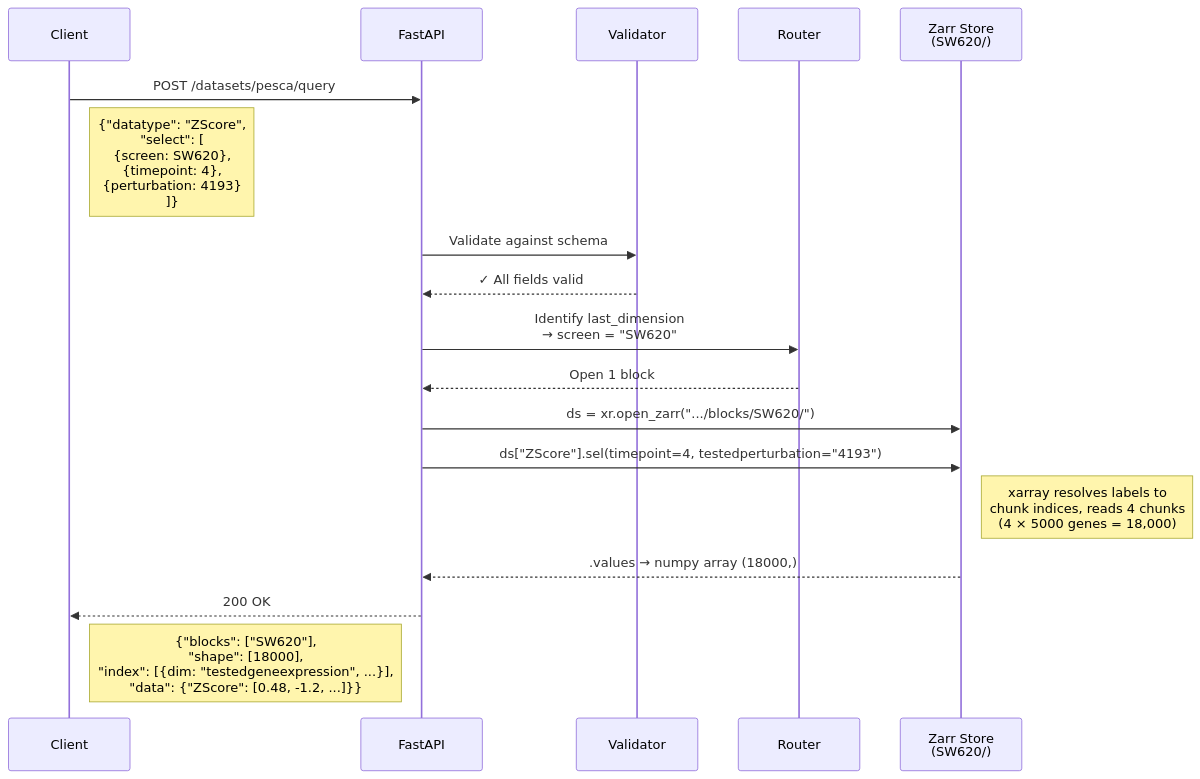
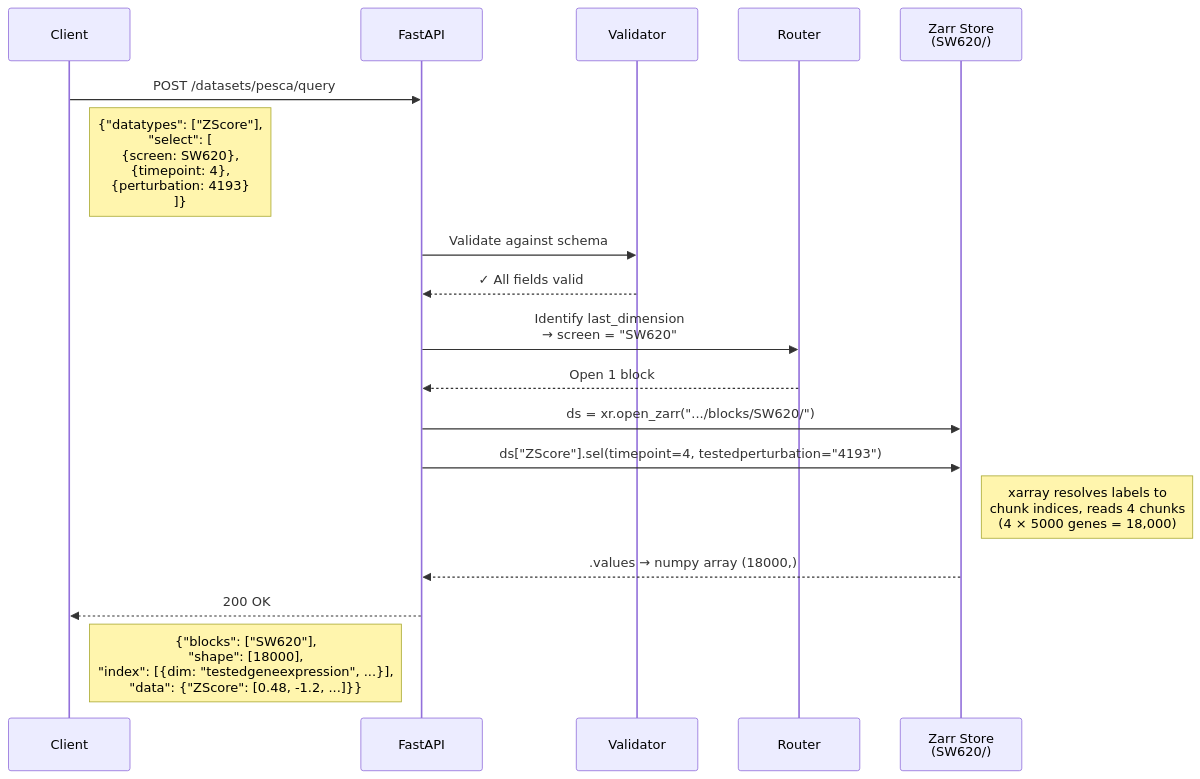
Before and after one commit to broadinstitute/cheesemonger: the second of 4 diagrams in docs/architecture_diagram.md, drawn with Mermaid. The commit also changed other lines of this file and 18 other files, not shown here.

````diff
--- a/docs/architecture_diagram.md
+++ b/docs/architecture_diagram.md
@@ -99,25 +99,25 @@
 ```mermaid
 sequenceDiagram
     participant C as Client
     participant A as FastAPI
     participant V as Validator
     participant R as Router
     participant Z as Zarr Store<br/>(SW620/)
 
     C->>A: POST /datasets/pesca/query
-    Note right of C: {"datatype": "ZScore",<br/>"select": [<br/>  {screen: SW620},<br/>  {timepoint: 4},<br/>  {perturbation: 4193}<br/>]}
+    Note right of C: {"datatypes": ["ZScore"],<br/>"select": [<br/>  {screen: SW620},<br/>  {timepoint: 4},<br/>  {perturbation: 4193}<br/>]}
 
     A->>V: Validate against schema
     V-->>A: ✓ All fields valid
 
     A->>R: Identify last_dimension<br/>→ screen = "SW620"
     R-->>A: Open 1 block
 
     A->>Z: ds = xr.open_zarr(".../blocks/SW620/")
     A->>Z: ds["ZScore"].sel(timepoint=4, testedperturbation="4193")
     Note right of Z: xarray resolves labels to<br/>chunk indices, reads 4 chunks<br/>(4 × 5000 genes = 18,000)
     Z-->>A: .values → numpy array (18000,)
 
     A-->>C: 200 OK
     Note left of A: {"blocks": ["SW620"],<br/>"shape": [18000],<br/>"index": [{dim: "testedgeneexpression", ...}],<br/>"data": {"ZScore": [0.48, -1.2, ...]}}
 ```
````
